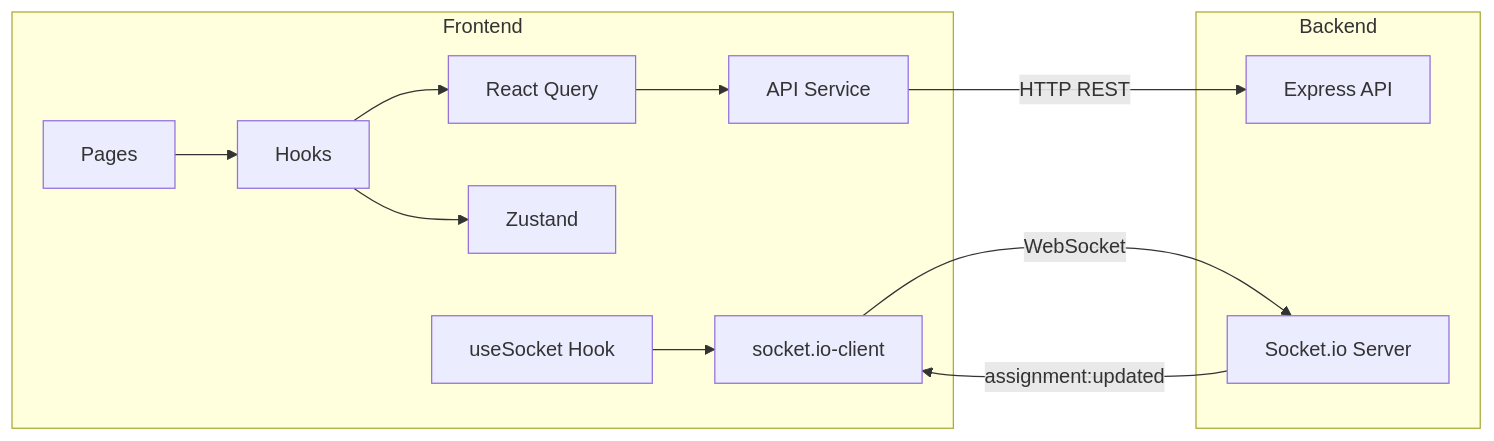
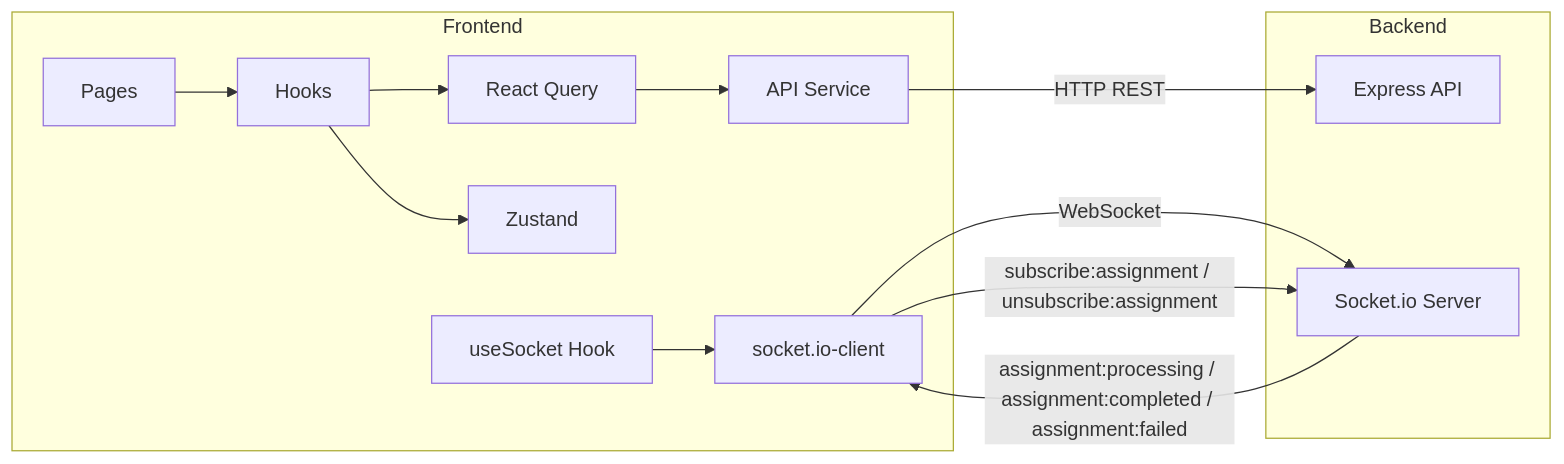
The diagram in frontend/vedaai_frontend_implementation_plan.md (Rishivenkatakousik/Veda.ai), drawn with Mermaid before and after one commit. The commit also changed other lines of this file and 3 other files, not shown here.

Commit message:
Enhance frontend WebSocket event handling, add new assignment management features including regeneration and PDF generation, and introduce constants and types for assignments and questions.

````diff
--- a/frontend/vedaai_frontend_implementation_plan.md
+++ b/frontend/vedaai_frontend_implementation_plan.md
@@ -82,17 +82,18 @@
 ```mermaid
 flowchart LR
   subgraph frontend [Frontend]
     Pages --> Hooks
     Hooks --> ReactQuery[React Query]
     Hooks --> Zustand
     ReactQuery --> ApiService[API Service]
     SocketHook[useSocket Hook] --> SocketLib[socket.io-client]
   end
   subgraph backend [Backend]
     ExpressAPI[Express API]
     SocketServer[Socket.io Server]
   end
   ApiService -->|"HTTP REST"| ExpressAPI
   SocketLib -->|"WebSocket"| SocketServer
-  SocketServer -->|"assignment:updated"| SocketLib
+  SocketLib -->|"subscribe:assignment / unsubscribe:assignment"| SocketServer
+  SocketServer -->|"assignment:processing / assignment:completed / assignment:failed"| SocketLib
 ```
````
